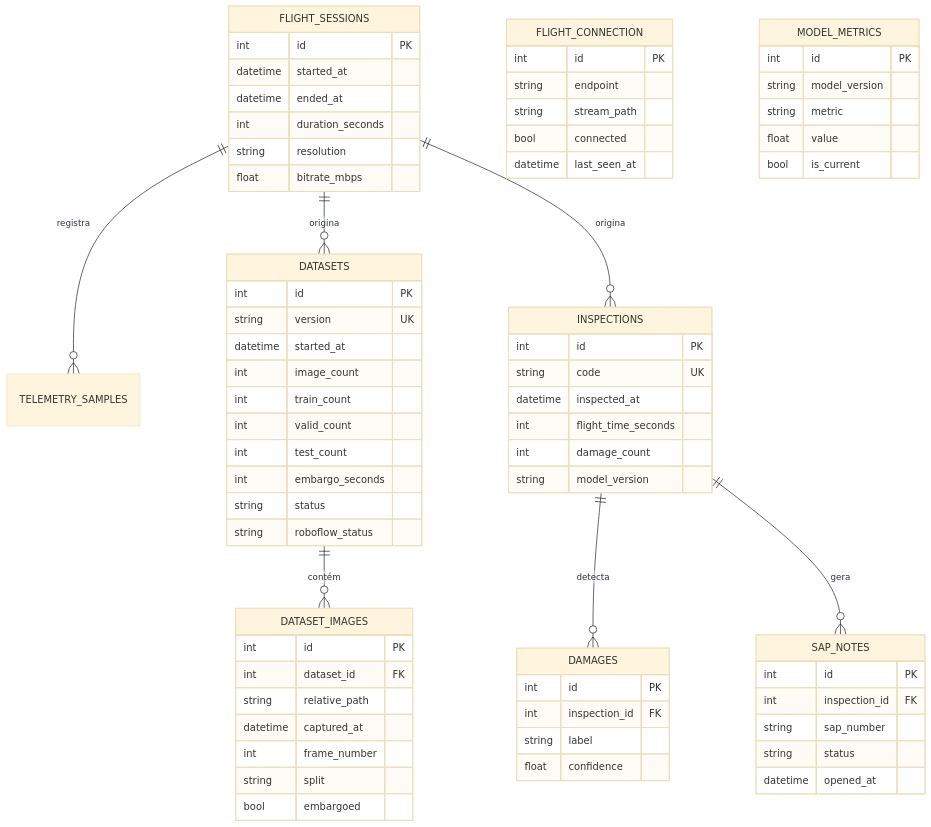
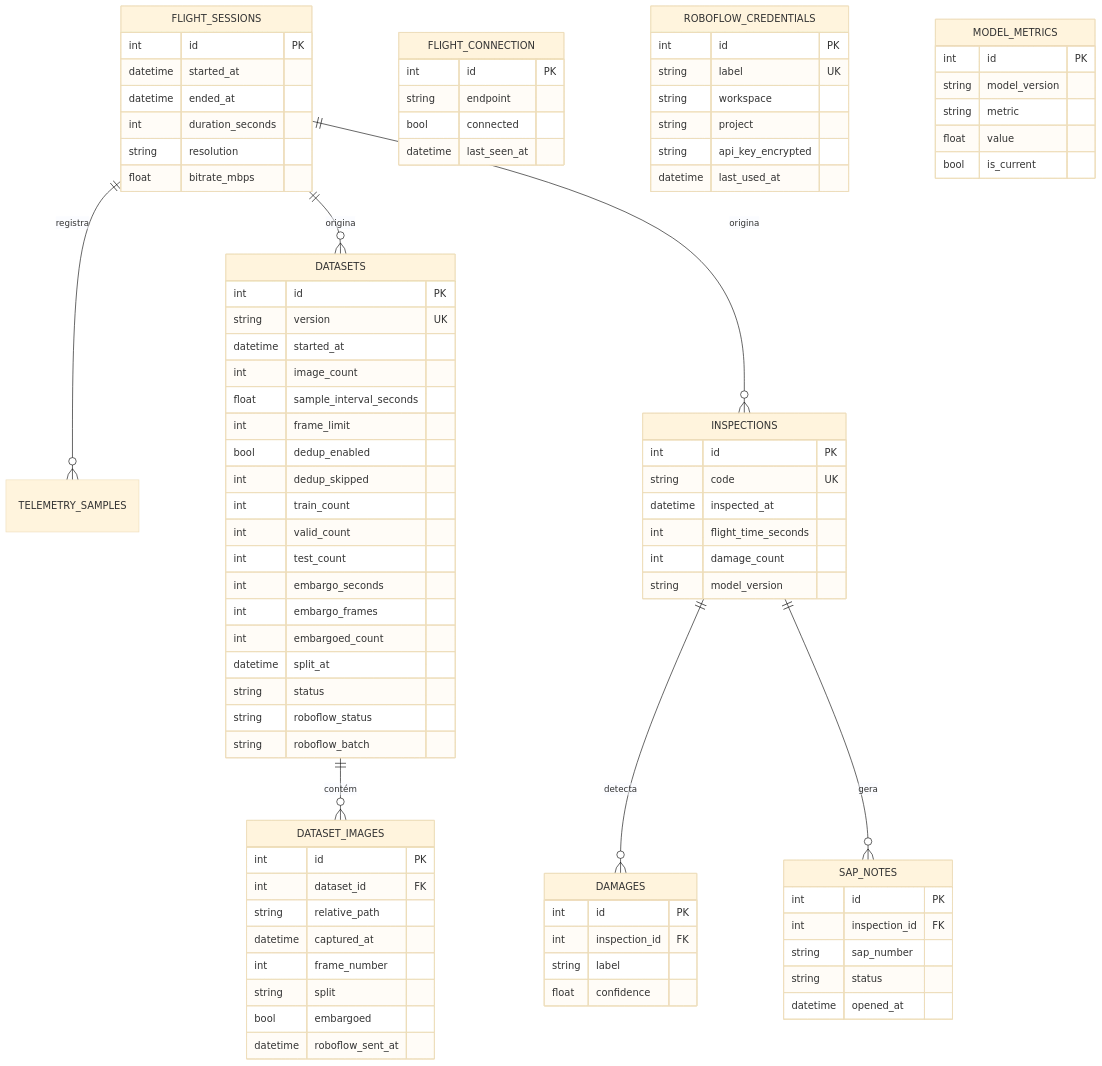
The diagram in docs/data-model.md (jmetrimiranda/fly_hub_system-front_end-), drawn with Mermaid (base theme) before and after one commit. The commit also changed 63 other files, not shown here.

Commit message:
Fases 2, 3 e 4: coleta com dedup, split temporal e envio ao Roboflow

```diff
--- a/docs/data-model.md
+++ b/docs/data-model.md
@@ -33,7 +33,6 @@
     FLIGHT_CONNECTION {
         int id PK
         string endpoint
-        string stream_path
         bool connected
         datetime last_seen_at
     }
@@ -50,12 +49,20 @@
         string version UK
         datetime started_at
         int image_count
+        float sample_interval_seconds
+        int frame_limit
+        bool dedup_enabled
+        int dedup_skipped
         int train_count
         int valid_count
         int test_count
         int embargo_seconds
+        int embargo_frames
+        int embargoed_count
+        datetime split_at
         string status
         string roboflow_status
+        string roboflow_batch
     }
     DATASET_IMAGES {
         int id PK
@@ -65,6 +72,15 @@
         int frame_number
         string split
         bool embargoed
+        datetime roboflow_sent_at
+    }
+    ROBOFLOW_CREDENTIALS {
+        int id PK
+        string label UK
+        string workspace
+        string project
+        string api_key_encrypted
+        datetime last_used_at
     }
     INSPECTIONS {
         int id PK
```
